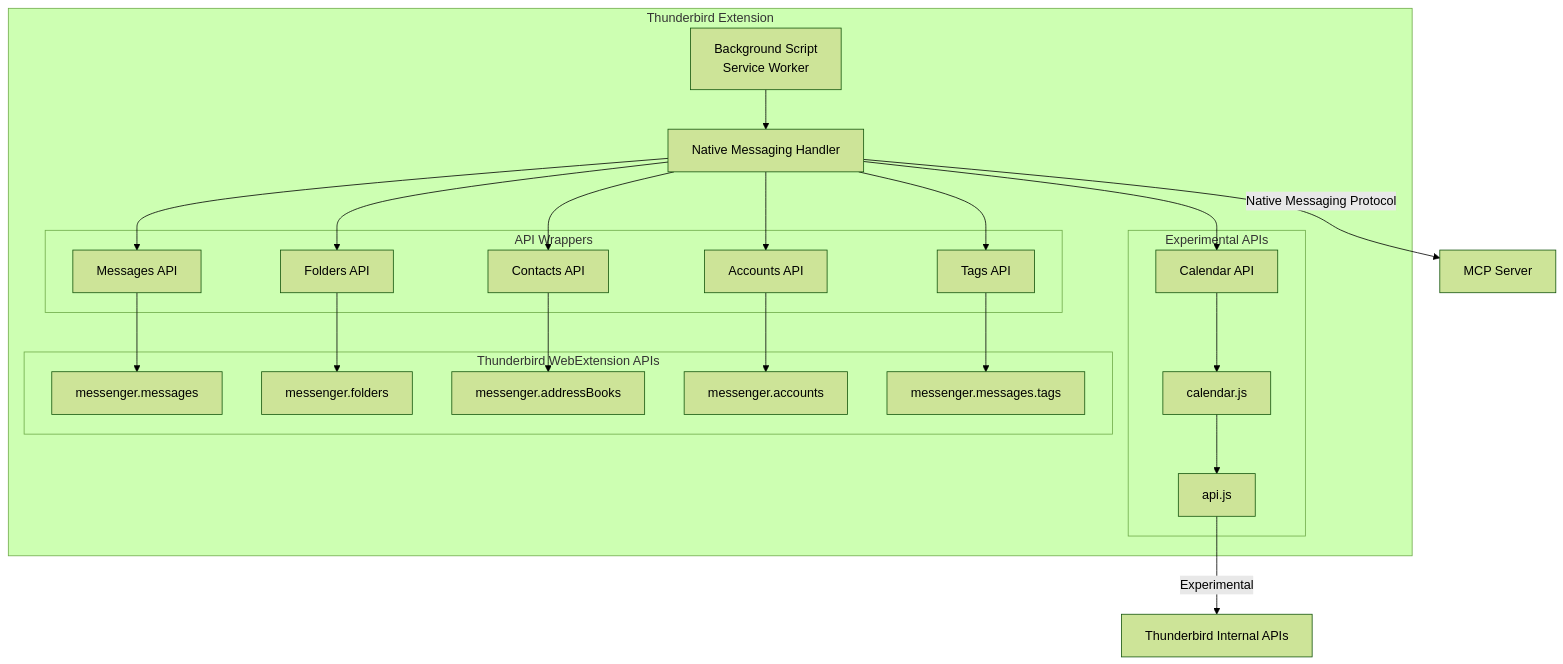
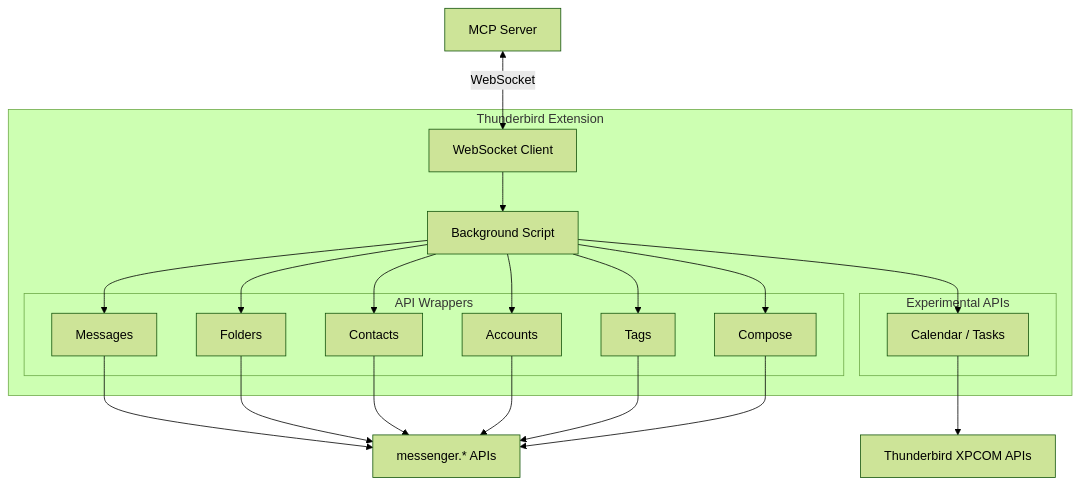
One commit to assistance-micro-design/zileo-mcp-thunderbird changed the diagram in docs/architecture/extension.md. Above: the diagram before and after it, drawn with Mermaid (forest theme). The commit also changed other lines of this file and 28 other files, not shown here.

````diff
--- a/docs/architecture/extension.md
+++ b/docs/architecture/extension.md
@@ -34,48 +36,22 @@
 ```mermaid
 graph TB
     subgraph "Thunderbird Extension"
-        BG[Background Script<br/>Service Worker]
-        NMH[Native Messaging Handler]
+        BG[Background Script]
+        WS[WebSocket Client]
 
         subgraph "API Wrappers"
-            MSG[Messages API]
-            FLD[Folders API]
-            CNT[Contacts API]
-            ACC[Accounts API]
-            TAG[Tags API]
+            MSG[Messages] & FLD[Folders] & CNT[Contacts]
+            ACC[Accounts] & TAG[Tags] & CMP[Compose]
         end
 
         subgraph "Experimental APIs"
-            CAL[Calendar API]
-            CALS[calendar.js]
-            CALAPI[api.js]
-        end
-
-        subgraph "Thunderbird WebExtension APIs"
-            TBMSG[messenger.messages]
-            TBFLD[messenger.folders]
-            TBCNT[messenger.addressBooks]
-            TBACC[messenger.accounts]
-            TBTAG[messenger.messages.tags]
+            CAL[Calendar / Tasks]
         end
     end
 
-    NMH -->|Native Messaging Protocol| External[MCP Server]
-    BG --> NMH
-    NMH --> MSG
-    NMH --> FLD
-    NMH --> CNT
-    NMH --> ACC
-    NMH --> TAG
-    NMH --> CAL
-
-    MSG --> TBMSG
-    FLD --> TBFLD
-    CNT --> TBCNT
-    ACC --> TBACC
-    TAG --> TBTAG
-
-    CAL --> CALS
-    CALS --> CALAPI
-    CALAPI -->|Experimental| TB[Thunderbird Internal APIs]
+    MCP[MCP Server] <-->|WebSocket| WS
+    WS --> BG
+    BG --> MSG & FLD & CNT & ACC & TAG & CMP & CAL
+    MSG & FLD & CNT & ACC & TAG & CMP --> TB[messenger.* APIs]
+    CAL --> XPCOM[Thunderbird XPCOM APIs]
 ```
````
